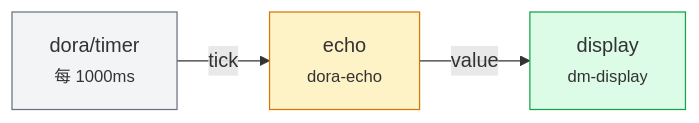
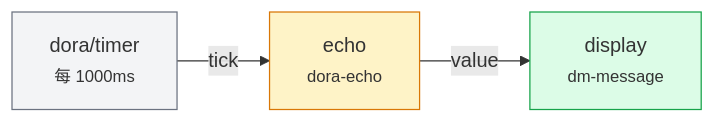
The second of 3 diagrams in wiki/zh/02-quickstart.md (l1veIn/dora-manager), drawn with Mermaid before and after one commit. The commit also changed other lines of this file and 43 other files, not shown here.

````diff
--- a/wiki/zh/02-quickstart.md
+++ b/wiki/zh/02-quickstart.md
@@ -143,9 +143,9 @@
 ```mermaid
 flowchart LR
     T["dora/timer<br/><small>每 1000ms</small>"] -->|"tick"| E["echo<br/><small>dora-echo</small>"]
-    E -->|"value"| D["display<br/><small>dm-display</small>"]
+    E -->|"value"| D["display<br/><small>dm-message</small>"]
 
     style T fill:#f3f4f6,stroke:#6b7280
     style E fill:#fef3c7,stroke:#d97706
     style D fill:#dcfce7,stroke:#16a34a
 ```
````
